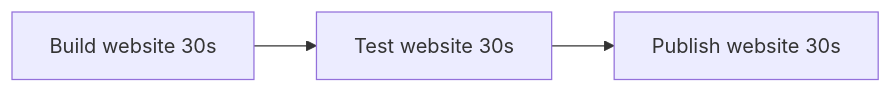
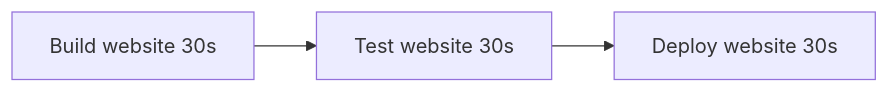
Before and after one commit to samsmithnz/ParallelPipelinesDemo: the first of 4 diagrams in README.md, drawn with Mermaid. The commit also changed other lines of this file, not shown here.

````diff
--- a/README.md
+++ b/README.md
@@ -5,4 +5,4 @@
 ```mermaid
   graph LR;
-      buildAll[Build website 30s]-->testAll[Test website 30s]-->publishAll[Publish website 30s]
+      buildAll[Build website 30s]-->testAll[Test website 30s]-->deployAll[Deploy website 30s]
 ```
````
